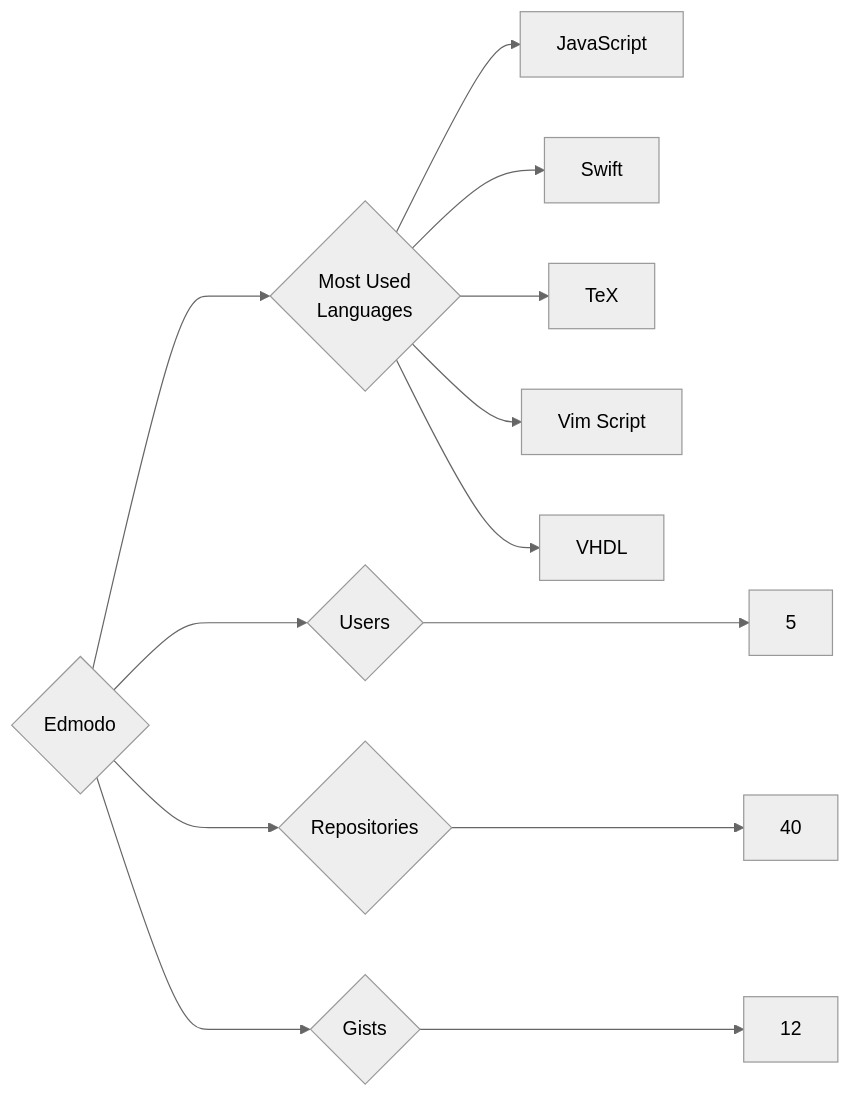
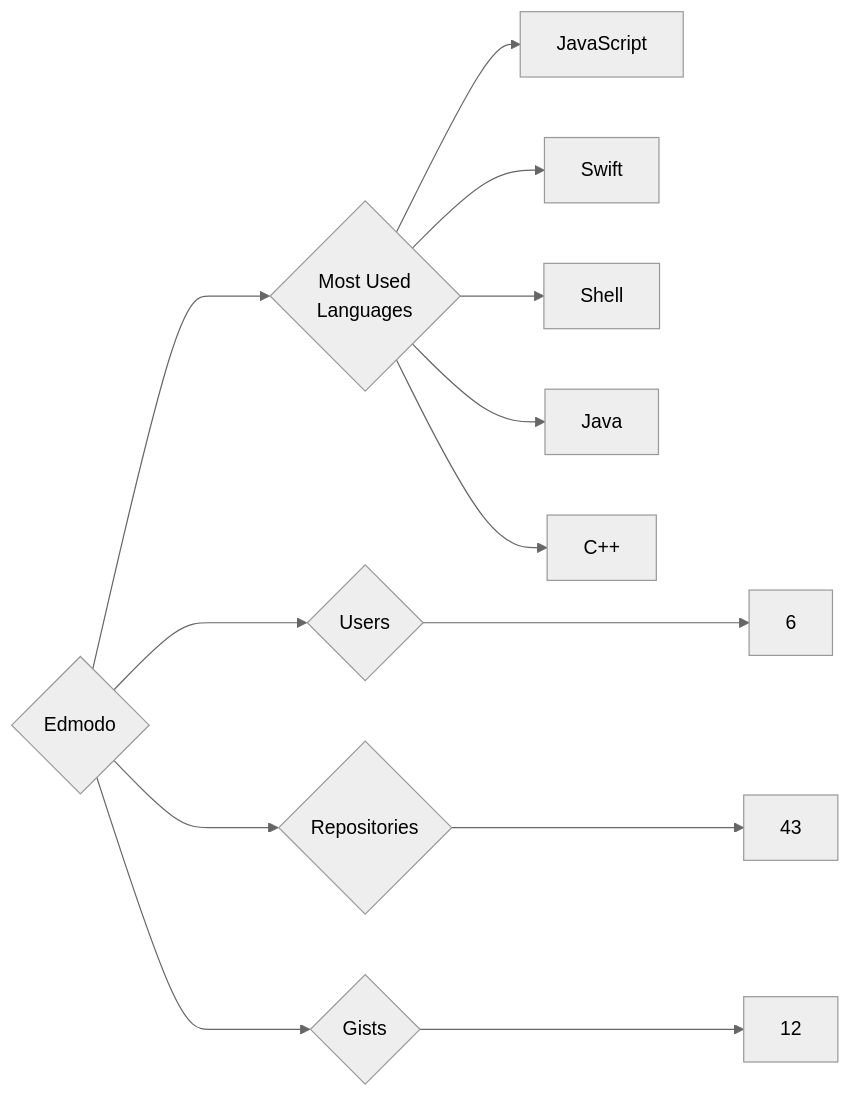
One commit to trickest/insiders changed the diagram in targets/Edmodo/README.md. Above: the diagram before and after it, drawn with Mermaid (neutral theme). The commit also changed 1078 other files, not shown here.

````diff
--- a/targets/Edmodo/README.md
+++ b/targets/Edmodo/README.md
@@ -3,13 +3,13 @@
 ```mermaid
 graph LR
 COMPANY_NAME{Edmodo}
-COMPANY_NAME ---> U{Users} ---> UN[5]
-COMPANY_NAME ---> R{Repositories} ---> RN[40]
+COMPANY_NAME ---> U{Users} ---> UN[6]
+COMPANY_NAME ---> R{Repositories} ---> RN[43]
 COMPANY_NAME ---> G{Gists} ---> GN[12]
 COMPANY_NAME ---> ML{Most Used<br>Languages}
 ML --> JavaScript[JavaScript]
 ML --> Swift[Swift]
-ML --> TeX[TeX]
-ML --> Vim_Script[Vim Script]
-ML --> VHDL[VHDL]
+ML --> Shell[Shell]
+ML --> Java[Java]
+ML --> C++[C++]
 ```
````
